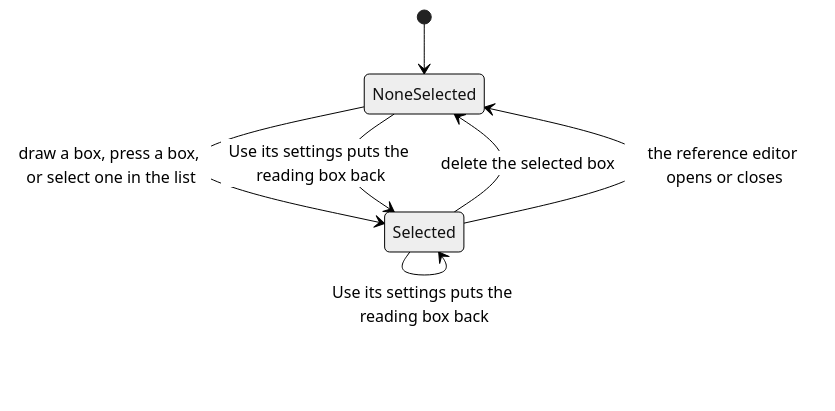
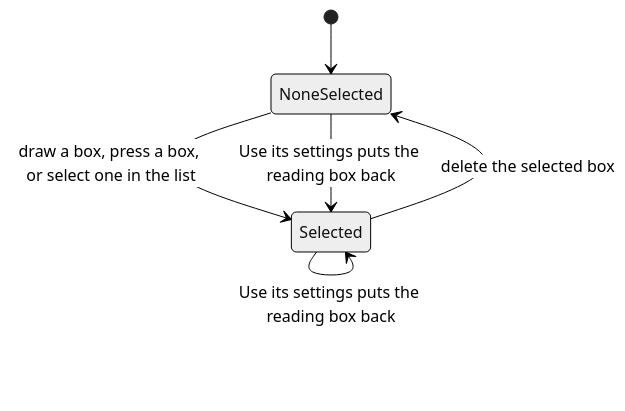
Diagram 35 of 54 in wiki/State-machines.md (TheLunchTrae/appy-tappy), drawn with Mermaid (neutral theme) before and after one commit. The commit also changed other lines of this file and 42 other files, not shown here.

First line of the commit message:
refactor(setup): make references only in their own flow (#529)

````diff
--- a/wiki/State-machines.md
+++ b/wiki/State-machines.md
@@ -2496,10 +2494,9 @@
 ```mermaid
 stateDiagram-v2
     [*] --> NoneSelected
     NoneSelected --> Selected: draw a box, press a box, or select one in the list
     Selected --> Selected: select another box, or move, resize, or retype this one
     Selected --> NoneSelected: delete the selected box
-    Selected --> NoneSelected: the reference editor opens or closes
     NoneSelected --> Selected: Use its settings puts the reading box back
     Selected --> Selected: Use its settings puts the reading box back
 ```
````
